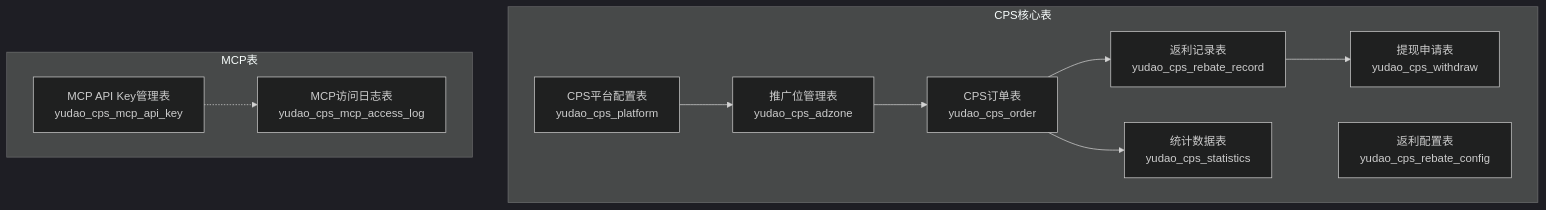
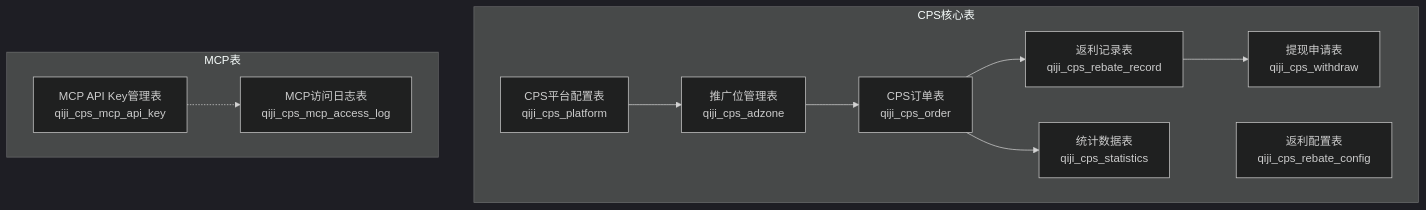
Before and after one commit to zhuangpengLI/AgenticCPS: the first of 3 diagrams in backend/.qoder/repowiki/zh/content/数据库设计/核心数据表结构设计.md, drawn with Mermaid (dark theme). The commit also changed other lines of this file and 3489 other files, not shown here.

````diff
--- a/backend/.qoder/repowiki/zh/content/数据库设计/核心数据表结构设计.md
+++ b/backend/.qoder/repowiki/zh/content/数据库设计/核心数据表结构设计.md
@@ -47,22 +47,22 @@
 ```mermaid
 graph TB
 subgraph "CPS核心表"
-P["CPS平台配置表<br/>yudao_cps_platform"]
-A["推广位管理表<br/>yudao_cps_adzone"]
-O["CPS订单表<br/>yudao_cps_order"]
-RC["返利配置表<br/>yudao_cps_rebate_config"]
-RR["返利记录表<br/>yudao_cps_rebate_record"]
-W["提现申请表<br/>yudao_cps_withdraw"]
-S["统计数据表<br/>yudao_cps_statistics"]
+P["CPS平台配置表<br/>qiji_cps_platform"]
+A["推广位管理表<br/>qiji_cps_adzone"]
+O["CPS订单表<br/>qiji_cps_order"]
+RC["返利配置表<br/>qiji_cps_rebate_config"]
+RR["返利记录表<br/>qiji_cps_rebate_record"]
+W["提现申请表<br/>qiji_cps_withdraw"]
+S["统计数据表<br/>qiji_cps_statistics"]
 end
 subgraph "MCP表"
-AK["MCP API Key管理表<br/>yudao_cps_mcp_api_key"]
-L["MCP访问日志表<br/>yudao_cps_mcp_access_log"]
+AK["MCP API Key管理表<br/>qiji_cps_mcp_api_key"]
+L["MCP访问日志表<br/>qiji_cps_mcp_access_log"]
 end
 P --> A
 A --> O
 O --> RR
 RR --> W
 O --> S
 AK -.-> L
 ```
````
